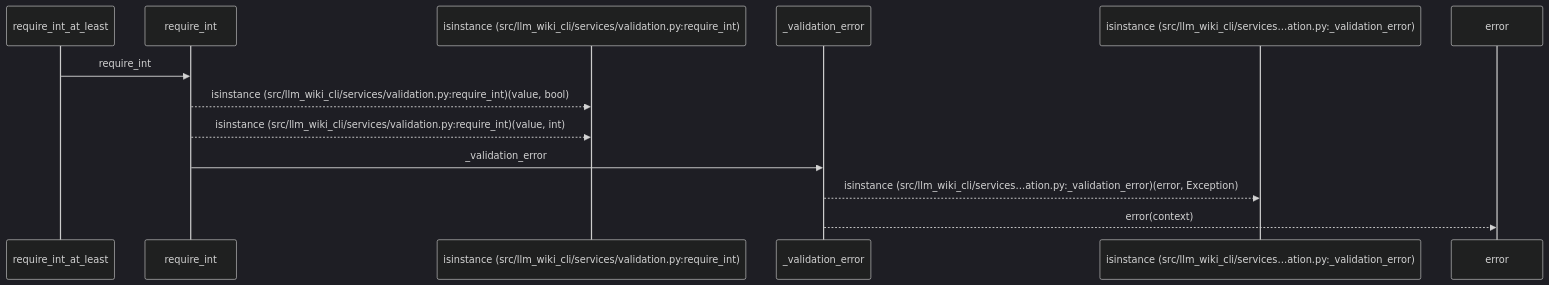
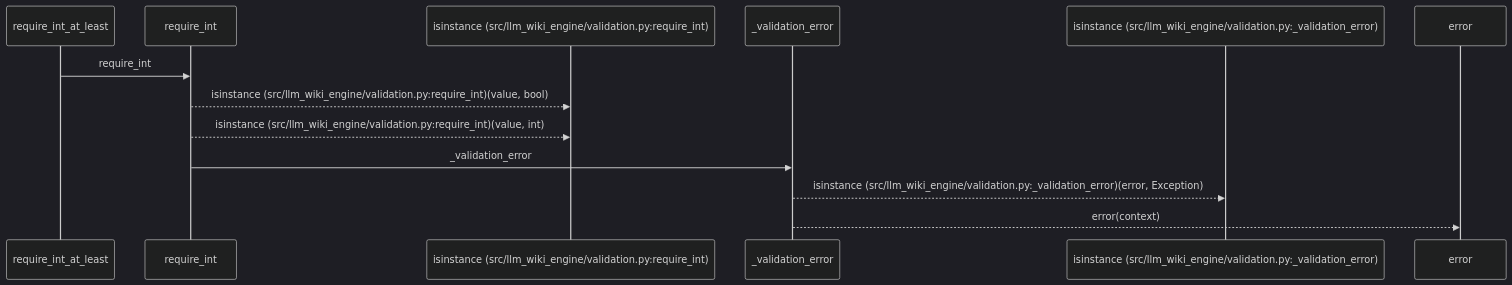
The first of 2 diagrams in docs/llm_wiki/flows/api-require_int_at_least.md (Denissvgn/python-wiki-llm), drawn with Mermaid (dark theme) before and after one commit. The commit also changed other lines of this file and 1103 other files, not shown here.

First line of the commit message:
docs: refresh the wiki for the llm-wiki-engine distribution

````diff
--- a/docs/llm_wiki/flows/api-require_int_at_least.md
+++ b/docs/llm_wiki/flows/api-require_int_at_least.md
@@ -12,15 +12,15 @@
 ```mermaid
 sequenceDiagram
     participant p0 as require_int_at_least
     participant p1 as require_int
-    participant p2 as isinstance (src/llm_wiki_cli/services/validation.py:require_int)
+    participant p2 as isinstance (src/llm_wiki_engine/validation.py:require_int)
     participant p3 as _validation_error
-    participant p4 as isinstance (src/llm_wiki_cli/services…ation.py:_validation_error)
+    participant p4 as isinstance (src/llm_wiki_engine/validation.py:_validation_error)
     participant p5 as error
     p0->>p1: require_int
-    p1-->>p2: isinstance (src/llm_wiki_cli/services/validation.py:require_int)(value, bool)
-    p1-->>p2: isinstance (src/llm_wiki_cli/services/validation.py:require_int)(value, int)
+    p1-->>p2: isinstance (src/llm_wiki_engine/validation.py:require_int)(value, bool)
+    p1-->>p2: isinstance (src/llm_wiki_engine/validation.py:require_int)(value, int)
     p1->>p3: _validation_error
-    p3-->>p4: isinstance (src/llm_wiki_cli/services…ation.py:_validation_error)(error, Exception)
+    p3-->>p4: isinstance (src/llm_wiki_engine/validation.py:_validation_error)(error, Exception)
     p3-->>p5: error(context)
 ```
````
